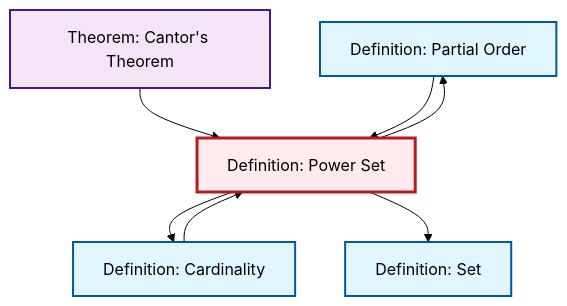
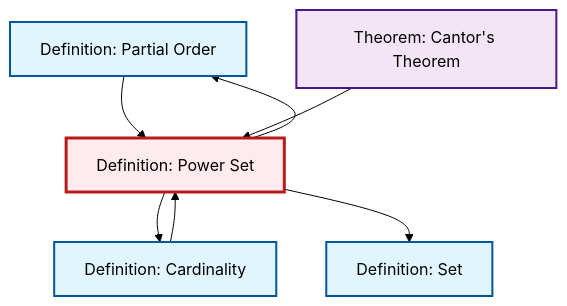
Before and after one commit to RK0429/ModernMath: the second of 2 diagrams in content/ja/logic-set-theory/def-power-set.qmd, drawn with Mermaid (forest theme). The commit also changed other lines of this file and 619 other files, not shown here.

````diff
--- a/content/ja/logic-set-theory/def-power-set.qmd
+++ b/content/ja/logic-set-theory/def-power-set.qmd
@@ -70,25 +70,25 @@
 ```{mermaid}
 %%| fig-cap: "Local dependency graph"
 graph TD
     classDef definition fill:#e1f5fe,stroke:#01579b,stroke-width:2px
     classDef theorem fill:#f3e5f5,stroke:#4a148c,stroke-width:2px
     classDef axiom fill:#fff3e0,stroke:#e65100,stroke-width:2px
     classDef example fill:#e8f5e9,stroke:#1b5e20,stroke-width:2px
     classDef current fill:#ffebee,stroke:#b71c1c,stroke-width:3px
+    def-set["Definition: Set"]:::definition
     def-partial-order["Definition: Partial Order"]:::definition
+    def-power-set["Definition: Power Set"]:::definition
     def-cardinality["Definition: Cardinality"]:::definition
-    def-set["Definition: Set"]:::definition
     thm-cantor["Theorem: Cantor's Theorem"]:::theorem
-    def-power-set["Definition: Power Set"]:::definition
+    def-cardinality --> def-power-set
+    def-partial-order --> def-power-set
+    def-power-set --> def-cardinality
     thm-cantor --> def-power-set
-    def-power-set --> def-cardinality
+    def-power-set --> def-set
     def-power-set --> def-partial-order
-    def-partial-order --> def-power-set
-    def-cardinality --> def-power-set
-    def-power-set --> def-set
     class def-power-set current
+    click def-set "def-set.html" "Definition: Setへ"
     click def-partial-order "def-partial-order.html" "Definition: Partial Orderへ"
     click def-cardinality "def-cardinality.html" "Definition: Cardinalityへ"
-    click def-set "def-set.html" "Definition: Setへ"
     click thm-cantor "thm-cantor.html" "Theorem: Cantor's Theoremへ"
 ```
````
